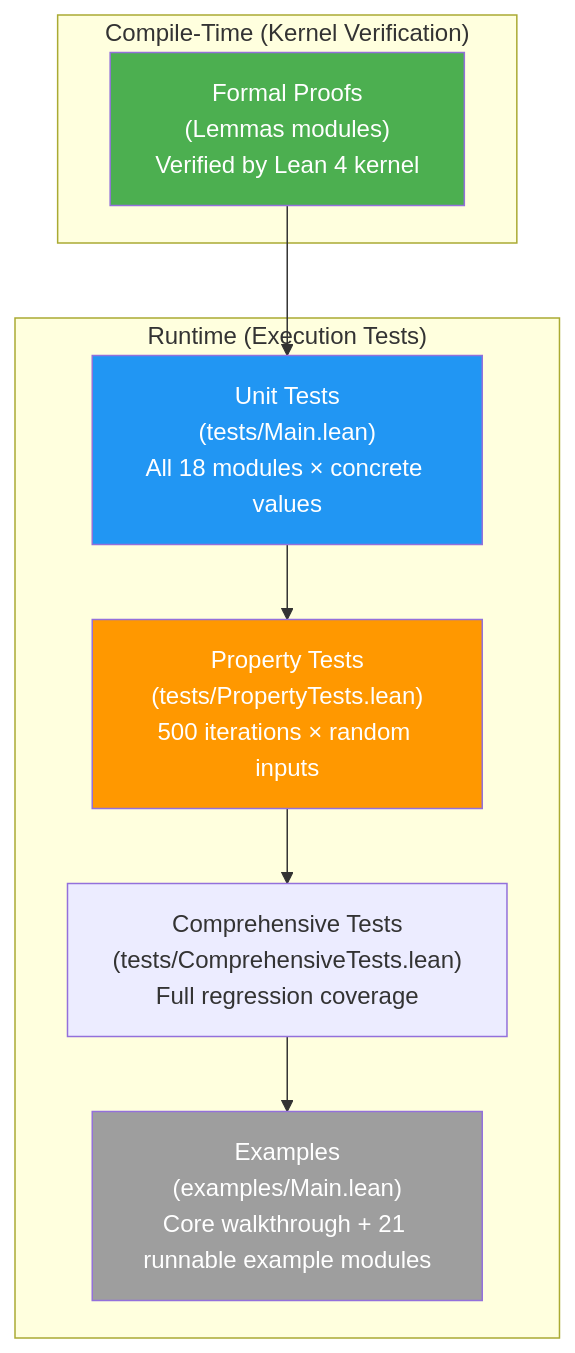
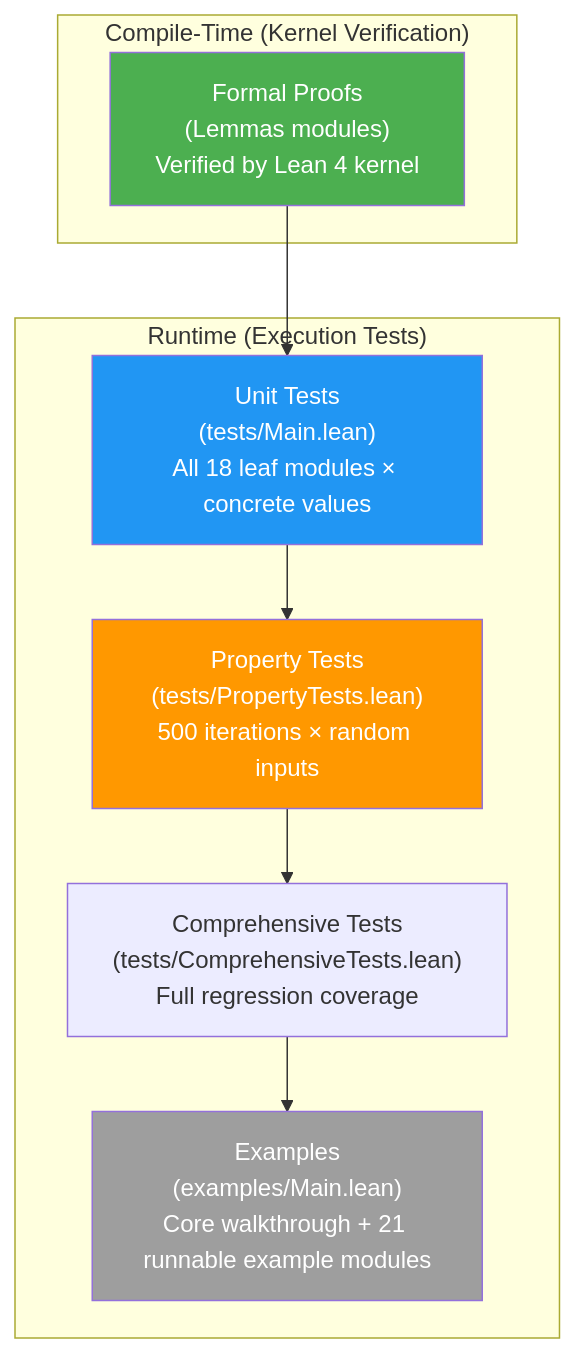
The diagram in docs/en/development/testing.md (Provenance-Works/Radix), drawn with Mermaid before and after one commit. The commit also changed other lines of this file, not shown here.

````diff
--- a/docs/en/development/testing.md
+++ b/docs/en/development/testing.md
@@ -17,20 +17,20 @@
 ```mermaid
 graph TD
     subgraph "Compile-Time (Kernel Verification)"
         Proofs["Formal Proofs<br/>(Lemmas modules)<br/>Verified by Lean 4 kernel"]
     end
     subgraph "Runtime (Execution Tests)"
-        Unit["Unit Tests<br/>(tests/Main.lean)<br/>All 18 modules × concrete values"]
+        Unit["Unit Tests<br/>(tests/Main.lean)<br/>All 18 leaf modules × concrete values"]
         Prop["Property Tests<br/>(tests/PropertyTests.lean)<br/>500 iterations × random inputs"]
         Comp["Comprehensive Tests<br/>(tests/ComprehensiveTests.lean)<br/>Full regression coverage"]
         Ex["Examples<br/>(examples/Main.lean)<br/>Core walkthrough + 21 runnable example modules"]
     end
     Proofs --> Unit
     Unit --> Prop
       Prop --> Comp
       Comp --> Ex
     style Proofs fill:#4CAF50,color:white
     style Unit fill:#2196F3,color:white
     style Prop fill:#FF9800,color:white
     style Ex fill:#9E9E9E,color:white
 ```
````
